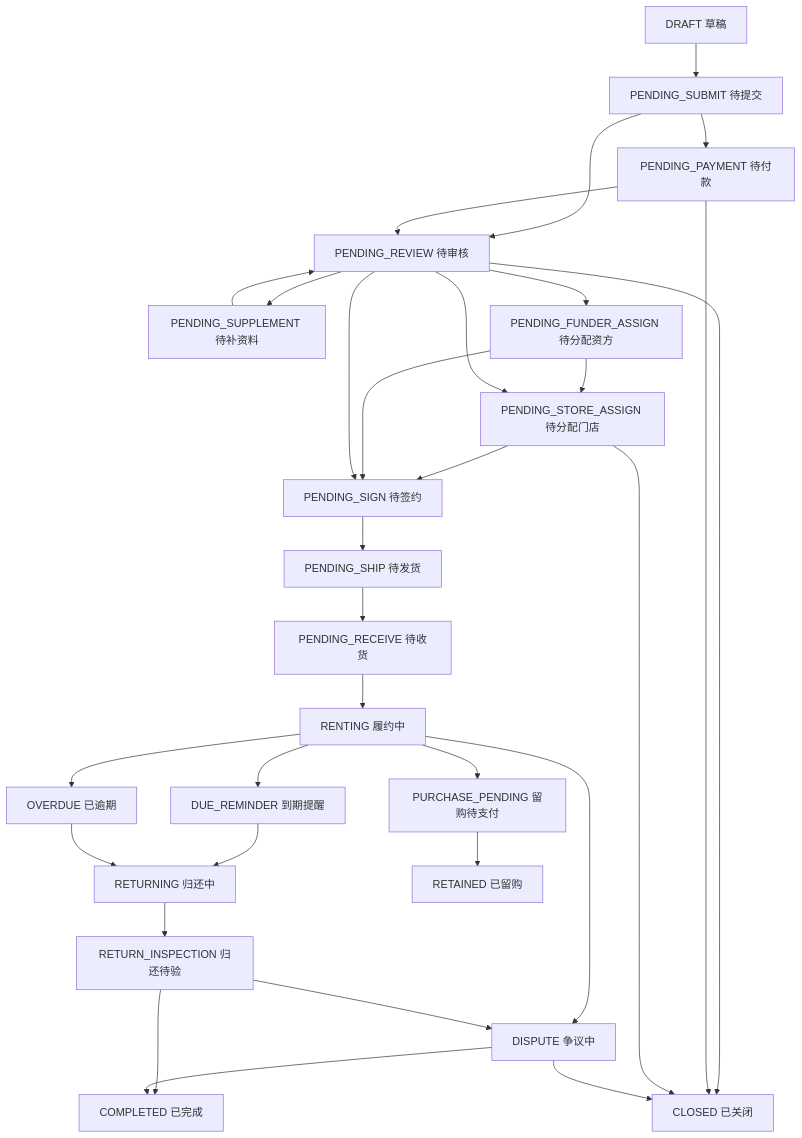
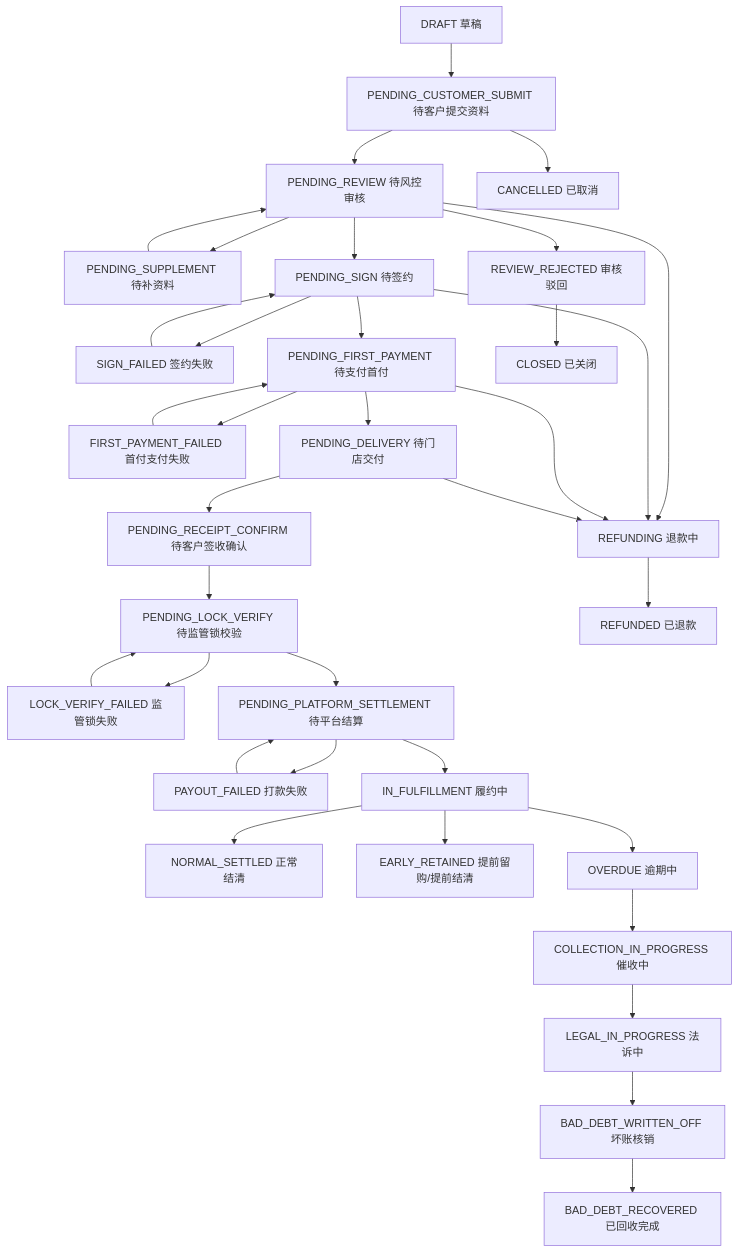
The first of 2 diagrams in PRD/V0.2/modules/全局/02_状态字典与订单状态机.md (joezjyan-bot/mandian-prd), drawn with Mermaid before and after one commit. The commit also changed other lines of this file and 2 other files, not shown here.

````diff
--- a/PRD/V0.2/modules/全局/02_状态字典与订单状态机.md
+++ b/PRD/V0.2/modules/全局/02_状态字典与订单状态机.md
@@ -251,33 +241,37 @@
 ```mermaid
 flowchart TD
-    A["DRAFT 草稿"] --> B["PENDING_SUBMIT 待提交"]
-    B --> C["PENDING_PAYMENT 待付款"]
-    B --> D["PENDING_REVIEW 待审核"]
-    C --> D
+    A["DRAFT 草稿"] --> C["PENDING_CUSTOMER_SUBMIT 待客户提交资料"]
+    C --> D["PENDING_REVIEW 待风控审核"]
     D --> E["PENDING_SUPPLEMENT 待补资料"]
     E --> D
-    D --> F["PENDING_FUNDER_ASSIGN 待分配资方"]
-    F --> SA["PENDING_STORE_ASSIGN 待分配门店"]
-    D --> SA
-    SA --> G["PENDING_SIGN 待签约"]
-    F --> G
-    D --> G
-    G --> H["PENDING_SHIP 待发货"]
-    H --> I["PENDING_RECEIVE 待收货"]
-    I --> J["RENTING 履约中"]
-    J --> K["DUE_REMINDER 到期提醒"]
-    J --> L["OVERDUE 已逾期"]
-    K --> M["RETURNING 归还中"]
-    L --> M
-    M --> N["RETURN_INSPECTION 归还待验"]
-    N --> O["COMPLETED 已完成"]
-    J --> P["PURCHASE_PENDING 留购待支付"]
-    P --> Q["RETAINED 已留购"]
-    D --> R["CLOSED 已关闭"]
-    C --> R
-    SA --> R
-    J --> S["DISPUTE 争议中"]
-    N --> S
-    S --> O
-    S --> R
+    D --> R0["REVIEW_REJECTED 审核驳回"]
+    D --> G["PENDING_SIGN 待签约"]
+    G --> GF["SIGN_FAILED 签约失败"]
+    GF --> G
+    G --> H["PENDING_FIRST_PAYMENT 待支付首付"]
+    H --> HF["FIRST_PAYMENT_FAILED 首付支付失败"]
+    HF --> H
+    H --> I["PENDING_DELIVERY 待门店交付"]
+    I --> J["PENDING_RECEIPT_CONFIRM 待客户签收确认"]
+    J --> K["PENDING_LOCK_VERIFY 待监管锁校验"]
+    K --> KF["LOCK_VERIFY_FAILED 监管锁失败"]
+    KF --> K
+    K --> L["PENDING_PLATFORM_SETTLEMENT 待平台结算"]
+    L --> LF["PAYOUT_FAILED 打款失败"]
+    LF --> L
+    L --> M["IN_FULFILLMENT 履约中"]
+    M --> N["NORMAL_SETTLED 正常结清"]
+    M --> O["EARLY_RETAINED 提前留购/提前结清"]
+    M --> P["OVERDUE 逾期中"]
+    P --> Q["COLLECTION_IN_PROGRESS 催收中"]
+    Q --> S["LEGAL_IN_PROGRESS 法诉中"]
+    S --> T["BAD_DEBT_WRITTEN_OFF 坏账核销"]
+    T --> U["BAD_DEBT_RECOVERED 已回收完成"]
+    D --> RF["REFUNDING 退款中"]
+    G --> RF
+    H --> RF
+    I --> RF
+    RF --> RD["REFUNDED 已退款"]
+    C --> X["CANCELLED 已取消"]
+    R0 --> Y["CLOSED 已关闭"]
 ```
````
